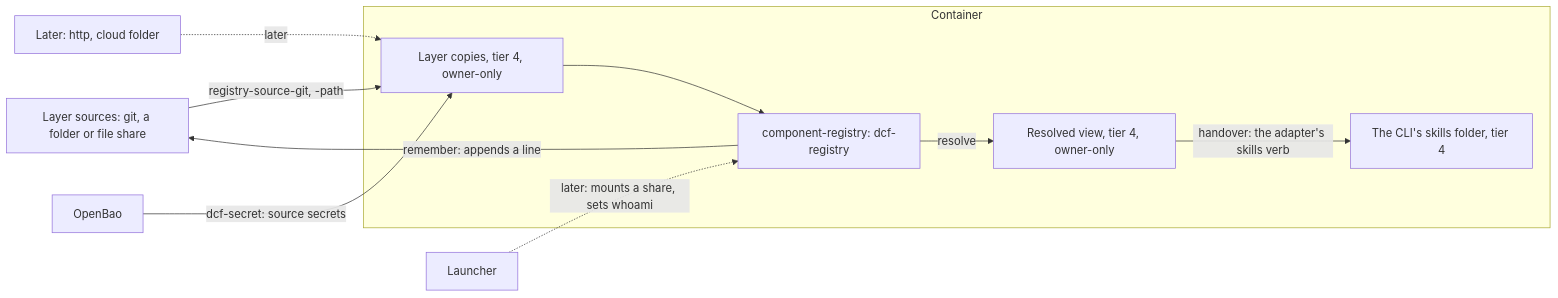
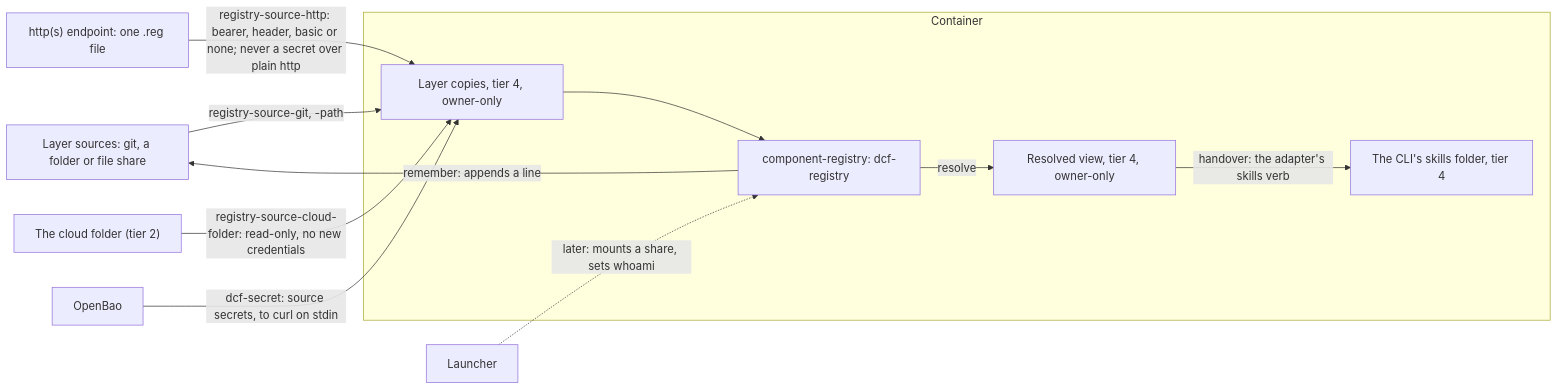
One commit to nabil-becker/devcontainer-features changed the ninth of 9 diagrams in docs/architecture/data-flows.md. Above: the diagram before and after it, drawn with Mermaid. The commit also changed other lines of this file and 24 other files, not shown here.

First line of the commit message:
feat(component-registry): http and cloud-folder sources (component-registry 1.2.0, cloud-folder 1.4.0; component-registry-build)

````diff
--- a/docs/architecture/data-flows.md
+++ b/docs/architecture/data-flows.md
@@ -318,21 +317,23 @@
 ```mermaid
 flowchart LR
   external-sources["Layer sources: git, a folder or file share"]
-  external-http["Later: http, cloud folder"]
+  external-http["http(s) endpoint: one .reg file"]
+  external-cloud["The cloud folder (tier 2)"]
   master-of-secrets["OpenBao"]
   subgraph external-zone-ct["Container"]
     component-registry["component-registry: dcf-registry"]
     external-copies["Layer copies, tier 4, owner-only"]
     external-view["Resolved view, tier 4, owner-only"]
     external-cli-skills["The CLI's skills folder, tier 4"]
   end
   launcher["Launcher"]
   external-sources -->|registry-source-git, -path| external-copies
-  external-http -.->|later| external-copies
-  master-of-secrets -->|dcf-secret: source secrets| external-copies
+  external-http -->|registry-source-http: bearer, header, basic or none; never a secret over plain http| external-copies
+  external-cloud -->|registry-source-cloud-folder: read-only, no new credentials| external-copies
+  master-of-secrets -->|dcf-secret: source secrets, to curl on stdin| external-copies
   launcher -.->|later: mounts a share, sets whoami| component-registry
   external-copies --> component-registry
   component-registry -->|resolve| external-view
   external-view -->|handover: the adapter's skills verb| external-cli-skills
   component-registry -->|remember: appends a line| external-sources
 ```
````
